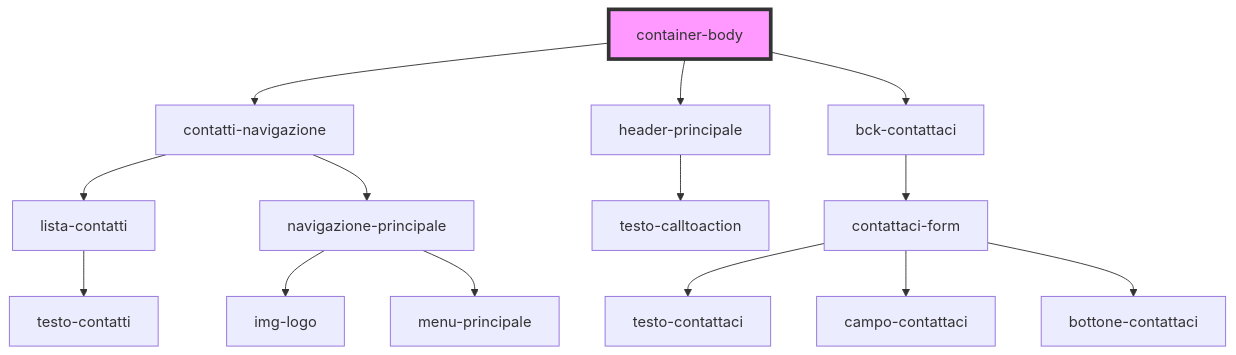
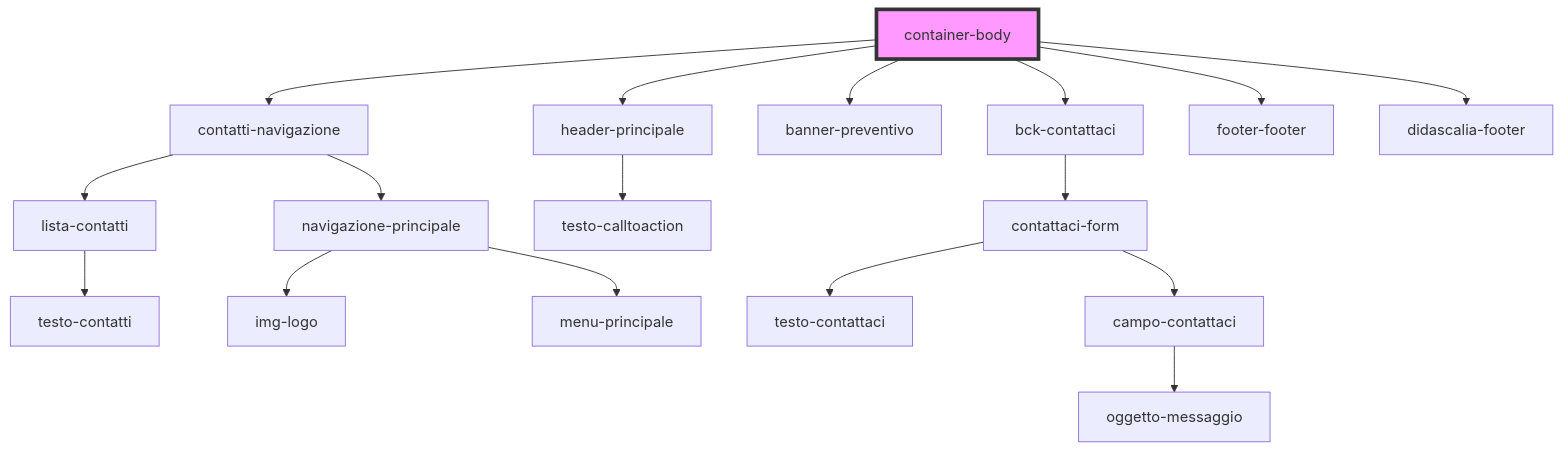
The diagram in project/src/components/container-body/readme.md (Sarafossati/ACME-Landing-Page), drawn with Mermaid before and after one commit. The commit also changed other lines of this file and 24 other files, not shown here.

````diff
--- a/project/src/components/container-body/readme.md
+++ b/project/src/components/container-body/readme.md
@@ -17,17 +20,20 @@
 ```mermaid
 graph TD;
   container-body --> contatti-navigazione
   container-body --> header-principale
+  container-body --> banner-preventivo
   container-body --> bck-contattaci
+  container-body --> footer-footer
+  container-body --> didascalia-footer
   contatti-navigazione --> lista-contatti
   contatti-navigazione --> navigazione-principale
   lista-contatti --> testo-contatti
   navigazione-principale --> img-logo
   navigazione-principale --> menu-principale
   header-principale --> testo-calltoaction
   bck-contattaci --> contattaci-form
   contattaci-form --> testo-contattaci
   contattaci-form --> campo-contattaci
-  contattaci-form --> bottone-contattaci
+  campo-contattaci --> oggetto-messaggio
   style container-body fill:#f9f,stroke:#333,stroke-width:4px
 ```
````
